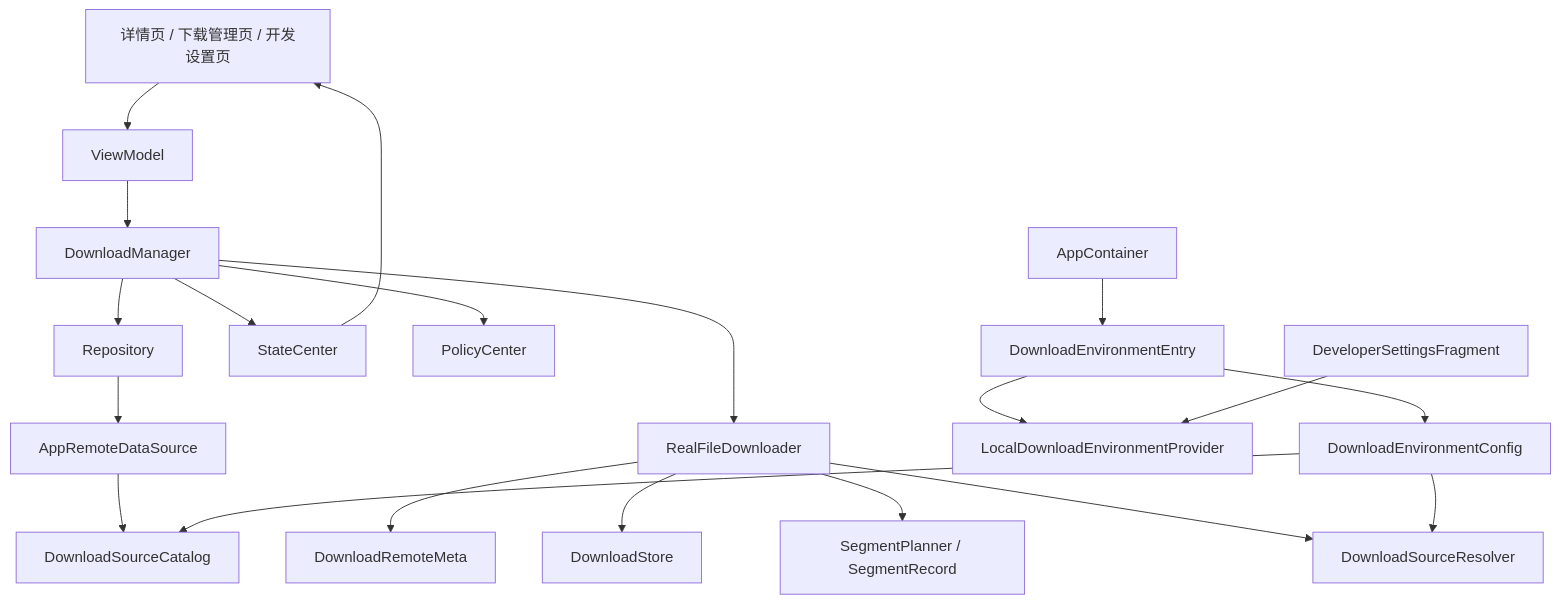
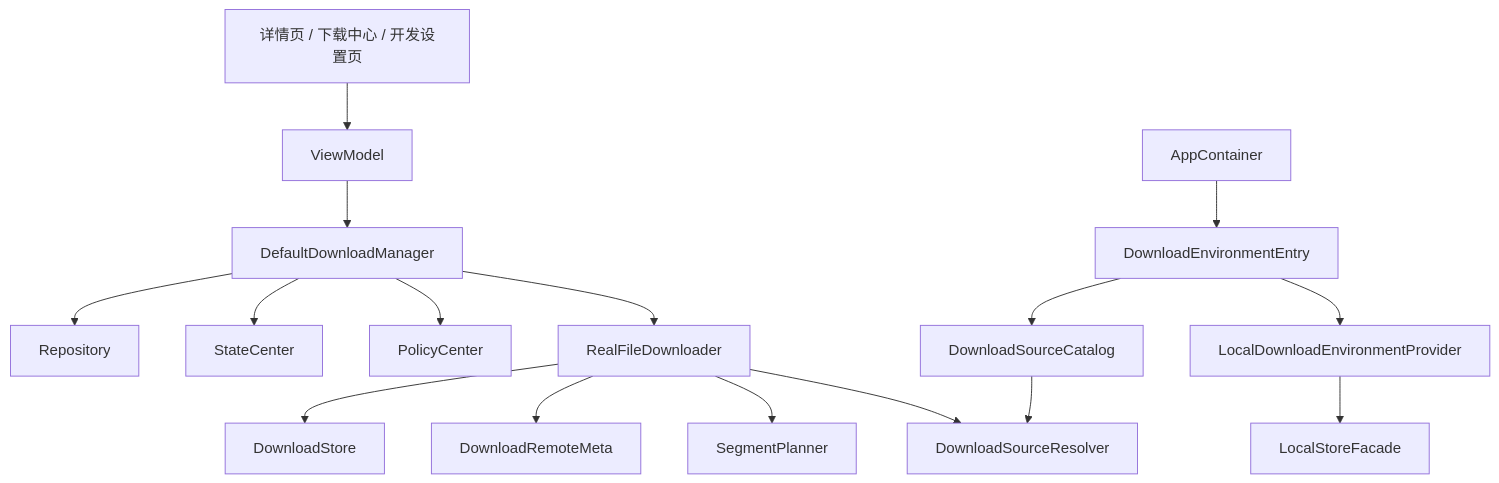
Before and after one commit to XZQ/CarAppStore: the diagram in docs/18-R1真实下载器与下载环境治理.md, drawn with Mermaid. The commit also changed other lines of this file and 35 other files, not shown here.

Commit message:
Docs: reorganize architecture docs and handoff guide

````diff
--- a/docs/18-R1真实下载器与下载环境治理.md
+++ b/docs/18-R1真实下载器与下载环境治理.md
@@ -41,27 +10,20 @@
 ```mermaid
 flowchart TD
+    UI[详情页 / 下载中心 / 开发设置页] --> VM[ViewModel]
+    VM --> DM[DefaultDownloadManager]
+    DM --> REPO[Repository]
+    DM --> SC[StateCenter]
+    DM --> PC[PolicyCenter]
+    DM --> FD[RealFileDownloader]
 
-UI[详情页 / 下载管理页 / 开发设置页] --> VM[ViewModel]
-VM --> DM[DownloadManager]
-DM --> REPO[Repository]
-DM --> SC[StateCenter]
-DM --> PC[PolicyCenter]
-DM --> RFD[RealFileDownloader]
+    FD --> STORE[DownloadStore]
+    FD --> META[DownloadRemoteMeta]
+    FD --> SEG[SegmentPlanner]
+    FD --> RESOLVER[DownloadSourceResolver]
 
-RFD --> META[DownloadRemoteMeta]
-RFD --> STORE[DownloadStore]
-RFD --> SEG[SegmentPlanner / SegmentRecord]
-RFD --> RESOLVER[DownloadSourceResolver]
-
-REPO --> REMOTE[AppRemoteDataSource]
-REMOTE --> CATALOG[DownloadSourceCatalog]
-
-APP[AppContainer] --> ENTRY[DownloadEnvironmentEntry]
-ENTRY --> PROVIDER[LocalDownloadEnvironmentProvider]
-ENTRY --> CONFIG[DownloadEnvironmentConfig]
-CONFIG --> CATALOG
-CONFIG --> RESOLVER
-
-DEBUG[DeveloperSettingsFragment] --> PROVIDER
-SC --> UI
+    APP[AppContainer] --> ENV[DownloadEnvironmentEntry]
+    ENV --> PROVIDER[LocalDownloadEnvironmentProvider]
+    PROVIDER --> LOCALSTORE[LocalStoreFacade]
+    ENV --> CATALOG[DownloadSourceCatalog]
+    CATALOG --> RESOLVER
 ```
````
